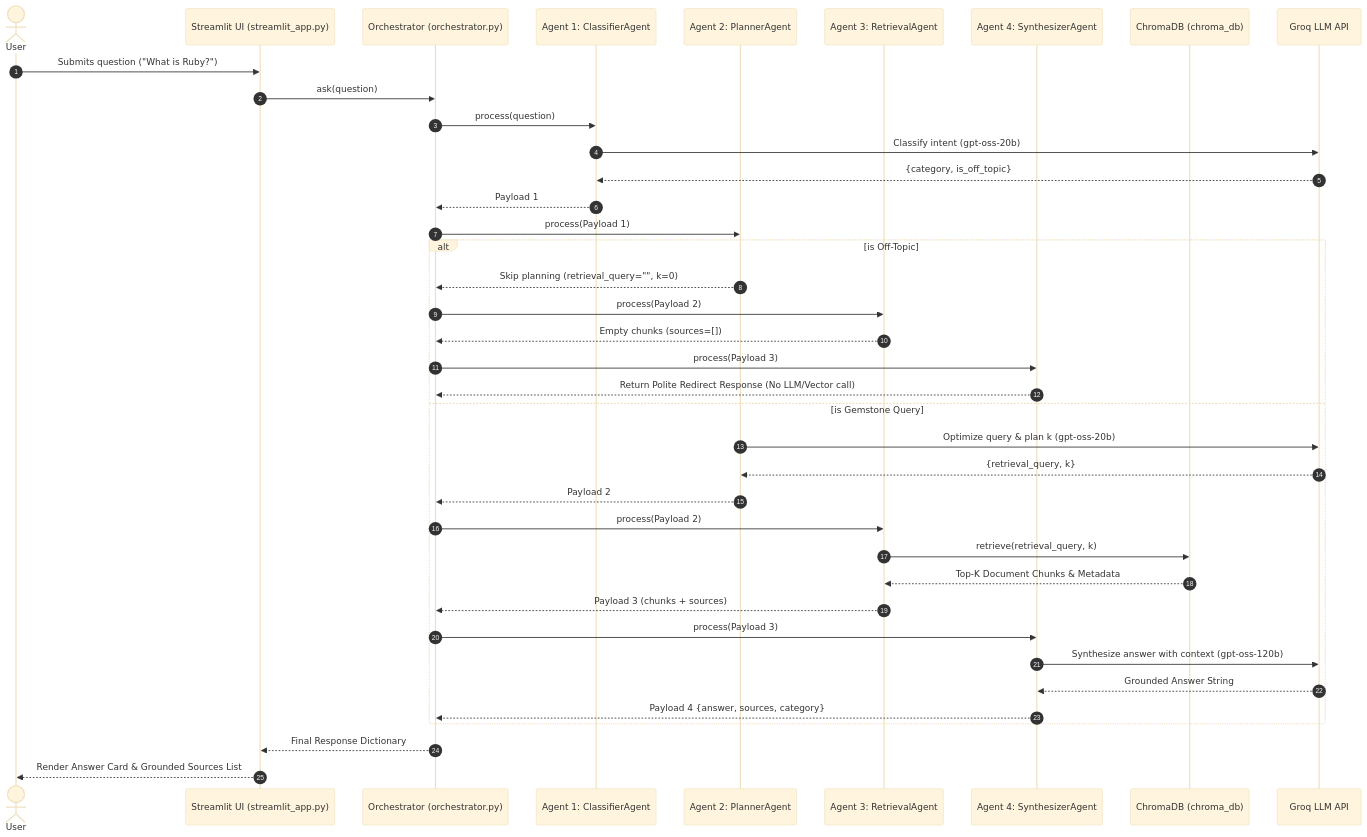
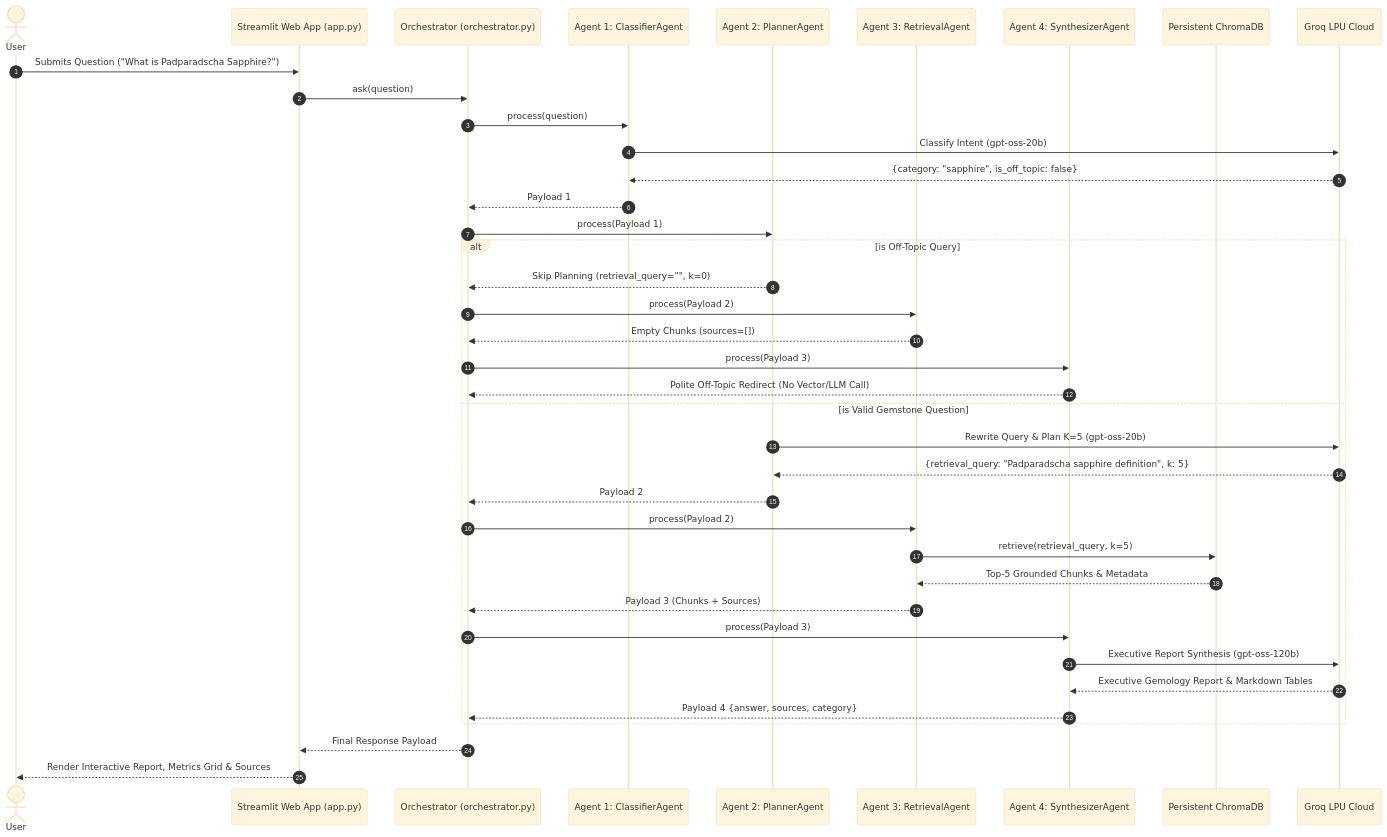
The second of 2 diagrams in README.md (Sajini2/Gemstone-Knowledge-Assistant-), drawn with Mermaid (base theme) before and after one commit. The commit also changed other lines of this file, not shown here.

Commit message:
docs: update README.md with live deployment URL https://gem-knowledge.streamlit.app/ and executive architecture details

````diff
--- a/README.md
+++ b/README.md
@@ -103,44 +58,44 @@
 ```mermaid
 sequenceDiagram
     autonumber
     actor User
-    participant App as Streamlit UI (streamlit_app.py)
+    participant App as Streamlit Web App (app.py)
     participant Orch as Orchestrator (orchestrator.py)
     participant A1 as Agent 1: ClassifierAgent
     participant A2 as Agent 2: PlannerAgent
     participant A3 as Agent 3: RetrievalAgent
     participant A4 as Agent 4: SynthesizerAgent
-    participant VectorDB as ChromaDB (chroma_db)
-    participant Groq as Groq LLM API
+    participant VectorDB as Persistent ChromaDB
+    participant Groq as Groq LPU Cloud
 
-    User->>App: Submits question ("What is Ruby?")
+    User->>App: Submits Question ("What is Padparadscha Sapphire?")
     App->>Orch: ask(question)
     Orch->>A1: process(question)
-    A1->>Groq: Classify intent (gpt-oss-20b)
-    Groq-->>A1: {category, is_off_topic}
+    A1->>Groq: Classify Intent (gpt-oss-20b)
+    Groq-->>A1: {category: "sapphire", is_off_topic: false}
     A1-->>Orch: Payload 1
     
     Orch->>A2: process(Payload 1)
-    alt is Off-Topic
-        A2-->>Orch: Skip planning (retrieval_query="", k=0)
+    alt is Off-Topic Query
+        A2-->>Orch: Skip Planning (retrieval_query="", k=0)
         Orch->>A3: process(Payload 2)
-        A3-->>Orch: Empty chunks (sources=[])
+        A3-->>Orch: Empty Chunks (sources=[])
         Orch->>A4: process(Payload 3)
-        A4-->>Orch: Return Polite Redirect Response (No LLM/Vector call)
-    else is Gemstone Query
-        A2->>Groq: Optimize query & plan k (gpt-oss-20b)
-        Groq-->>A2: {retrieval_query, k}
+        A4-->>Orch: Polite Off-Topic Redirect (No Vector/LLM Call)
+    else is Valid Gemstone Question
+        A2->>Groq: Rewrite Query & Plan K=5 (gpt-oss-20b)
+        Groq-->>A2: {retrieval_query: "Padparadscha sapphire definition", k: 5}
         A2-->>Orch: Payload 2
         Orch->>A3: process(Payload 2)
-        A3->>VectorDB: retrieve(retrieval_query, k)
-        VectorDB-->>A3: Top-K Document Chunks & Metadata
-        A3-->>Orch: Payload 3 (chunks + sources)
+        A3->>VectorDB: retrieve(retrieval_query, k=5)
+        VectorDB-->>A3: Top-5 Grounded Chunks & Metadata
+        A3-->>Orch: Payload 3 (Chunks + Sources)
         Orch->>A4: process(Payload 3)
-        A4->>Groq: Synthesize answer with context (gpt-oss-120b)
-        Groq-->>A4: Grounded Answer String
+        A4->>Groq: Executive Report Synthesis (gpt-oss-120b)
+        Groq-->>A4: Executive Gemology Report & Markdown Tables
         A4-->>Orch: Payload 4 {answer, sources, category}
     end
     
-    Orch-->>App: Final Response Dictionary
-    App-->>User: Render Answer Card & Grounded Sources List
+    Orch-->>App: Final Response Payload
+    App-->>User: Render Interactive Report, Metrics Grid & Sources
 ```
````
